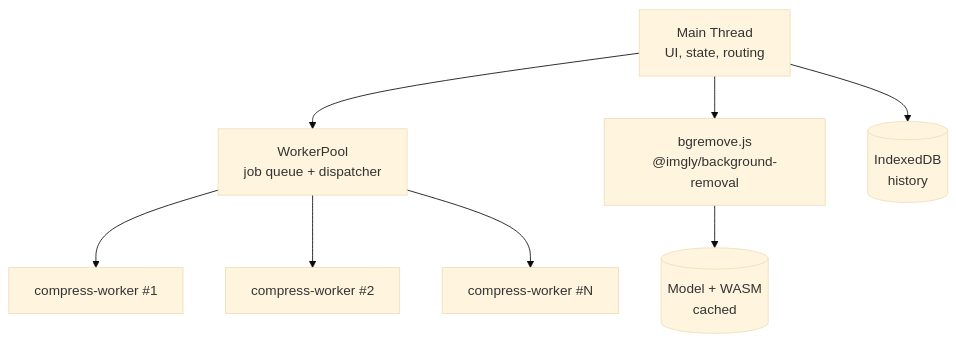
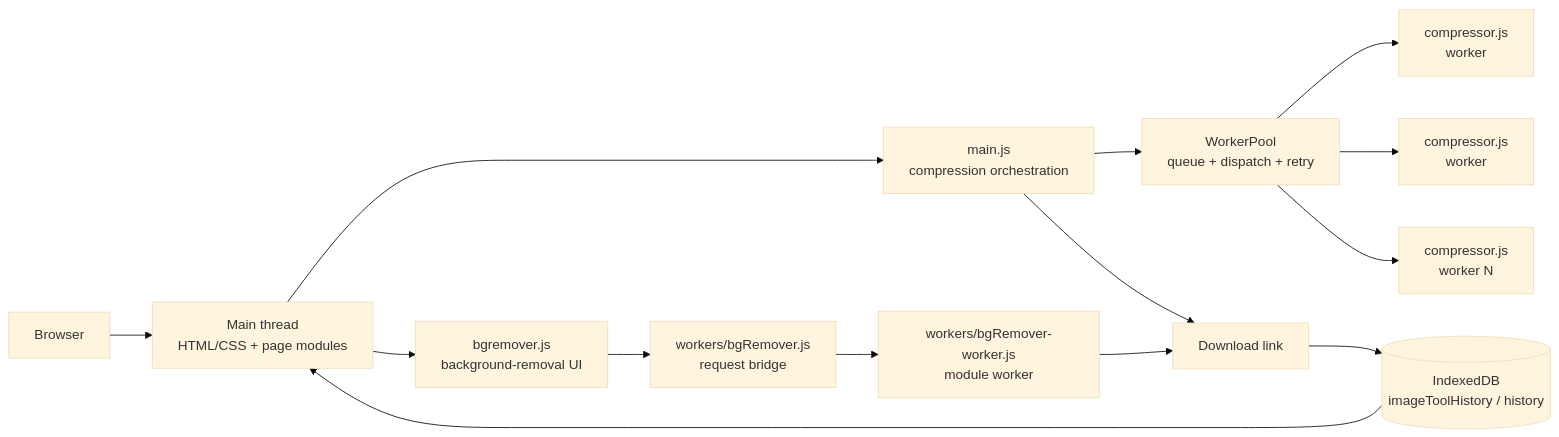
One commit to adityash2006/Clipix changed the first of 6 diagrams in readme.md. Above: the diagram before and after it, drawn with Mermaid (base theme). The commit also changed other lines of this file, not shown here.

````diff
--- a/readme.md
+++ b/readme.md
@@ -101,10 +137,29 @@
 ```mermaid
-flowchart TD
-    UI["Main Thread<br/>UI, state, routing"] --> Pool["WorkerPool<br/>job queue + dispatcher"]
-    Pool --> W1["compress-worker #1"]
-    Pool --> W2["compress-worker #2"]
-    Pool --> W3["compress-worker #N"]
-    UI --> BG["bgremove.js<br/>@imgly/background-removal"]
-    BG --> Model[("Model + WASM<br/>cached")]
-    UI --> DB[("IndexedDB<br/>history")]
+flowchart LR
+    Browser["Browser"]
+    UI["Main thread<br/>HTML/CSS + page modules"]
+    Compress["main.js<br/>compression orchestration"]
+    Pool["WorkerPool<br/>queue + dispatch + retry"]
+    CW1["compressor.js<br/>worker"]
+    CW2["compressor.js<br/>worker"]
+    CWB["compressor.js<br/>worker N"]
+    BGUI["bgremover.js<br/>background-removal UI"]
+    BGM["workers/bgRemover.js<br/>request bridge"]
+    BGW["workers/bgRemover-worker.js<br/>module worker"]
+    DB[("IndexedDB<br/>imageToolHistory / history")]
+    Download["Download link"]
+
+    Browser --> UI
+    UI --> Compress
+    Compress --> Pool
+    Pool --> CW1
+    Pool --> CW2
+    Pool --> CWB
+    UI --> BGUI
+    BGUI --> BGM
+    BGM --> BGW
+    Compress --> Download
+    BGW --> Download
+    Download --> DB
+    DB --> UI
 ```
````
